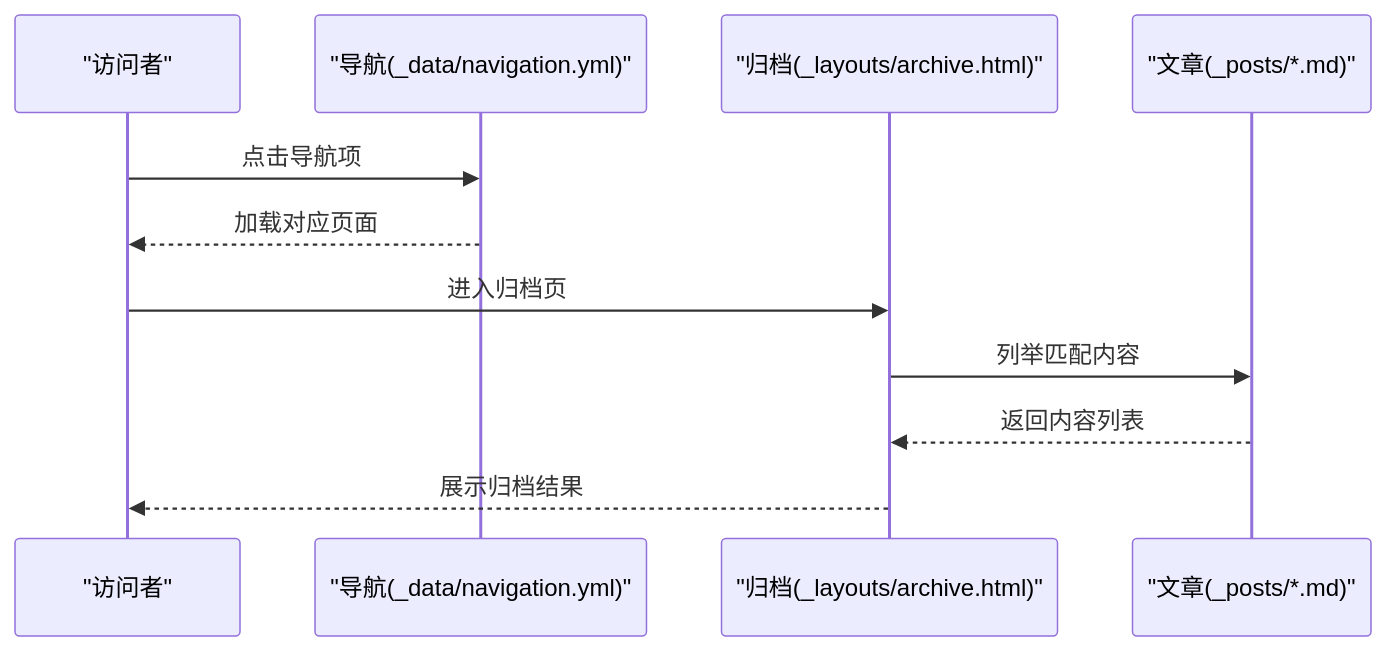
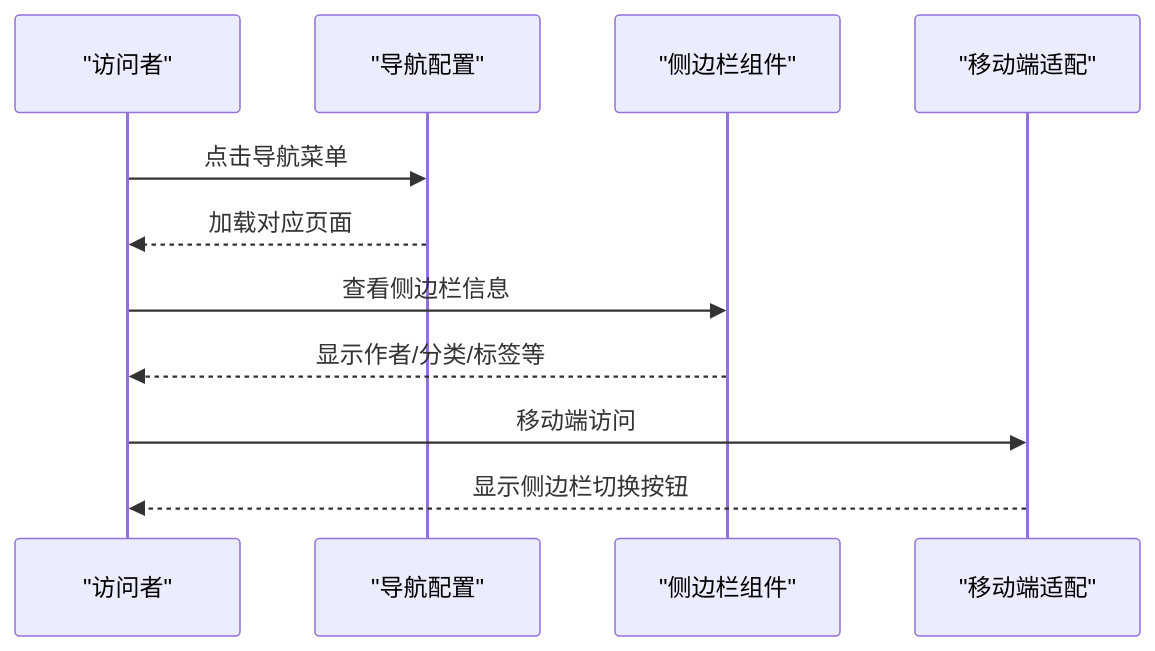
The fifth of 6 diagrams in .qoder/repowiki/zh/content/项目概述/核心功能特性/核心功能特性.md (CoolPig0720/CoolPig0720.github.io), drawn with Mermaid before and after one commit. The commit also changed other lines of this file and 36 other files, not shown here.

````diff
--- a/.qoder/repowiki/zh/content/项目概述/核心功能特性/核心功能特性.md
+++ b/.qoder/repowiki/zh/content/项目概述/核心功能特性/核心功能特性.md
@@ -280,13 +225,13 @@
 ```mermaid
 sequenceDiagram
 participant User as "访问者"
-participant Nav as "导航(_data/navigation.yml)"
-participant Archive as "归档(_layouts/archive.html)"
-participant Posts as "文章(_posts/*.md)"
-User->>Nav : 点击导航项
+participant Nav as "导航配置"
+participant Sidebar as "侧边栏组件"
+participant Mobile as "移动端适配"
+User->>Nav : 点击导航菜单
 Nav-->>User : 加载对应页面
-User->>Archive : 进入归档页
-Archive->>Posts : 列举匹配内容
-Posts-->>Archive : 返回内容列表
-Archive-->>User : 展示归档结果
+User->>Sidebar : 查看侧边栏信息
+Sidebar-->>User : 显示作者/分类/标签等
+User->>Mobile : 移动端访问
+Mobile-->>User : 显示侧边栏切换按钮
 ```
````
